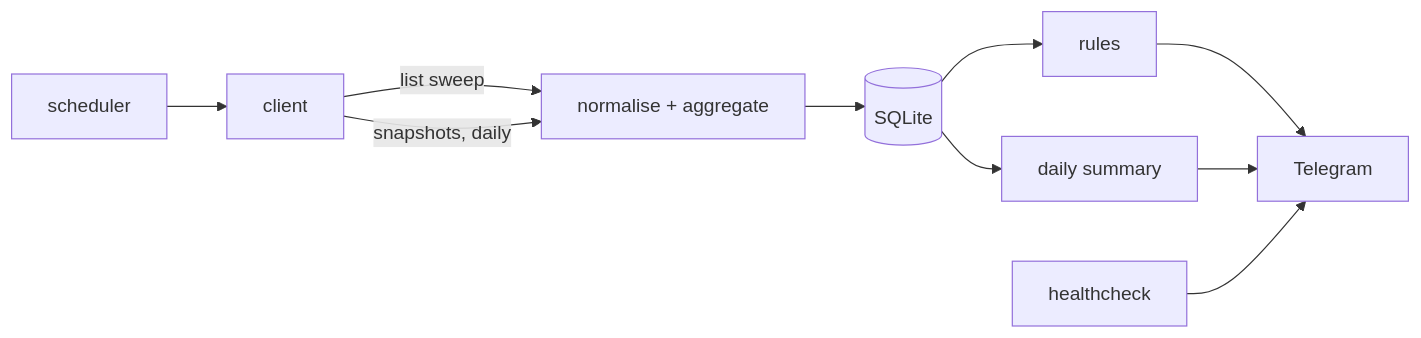
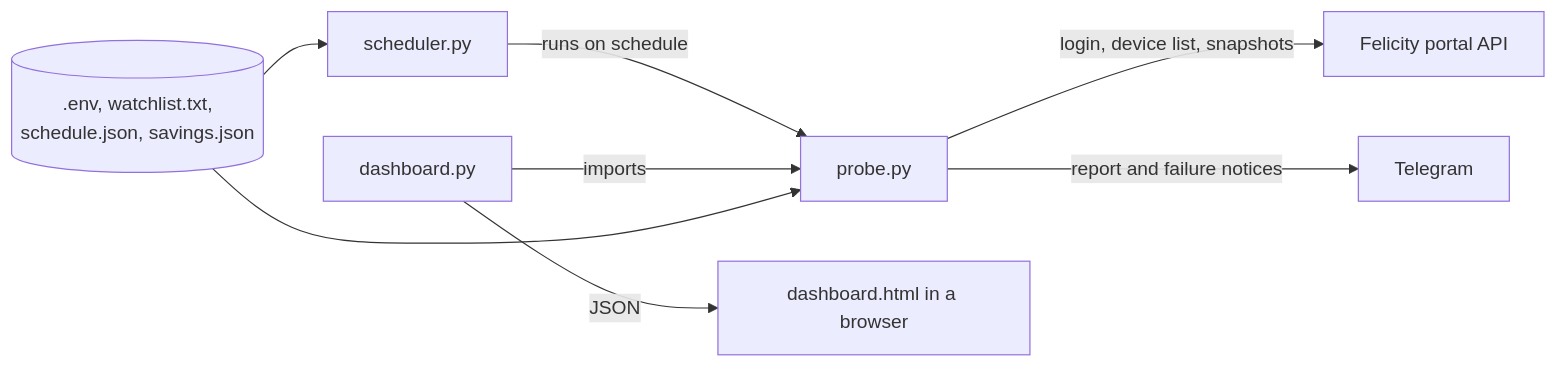
One commit to AndyOY007/Shine-Felicity_Automations changed the diagram in architecture.md. Above: the diagram before and after it, drawn with Mermaid. The commit also changed other lines of this file and 9 other files, not shown here.

Commit message:
Updated architecture and README files

````diff
--- a/architecture.md
+++ b/architecture.md
@@ -59,12 +48,11 @@
 ```mermaid
 flowchart LR
-    S[scheduler] --> C[client]
-    C -->|list sweep| N[normalise + aggregate]
-    C -->|snapshots, daily| N
-    N --> DB[(SQLite)]
-    DB --> R[rules]
-    R --> T[Telegram]
-    DB --> D[daily summary]
-    D --> T
-    H[healthcheck] --> T
+    CFG[(.env, watchlist.txt,<br>schedule.json, savings.json)]
+    S[scheduler.py] -->|runs on schedule| P[probe.py]
+    D[dashboard.py] -->|imports| P
+    CFG --> S
+    CFG --> P
+    P -->|login, device list, snapshots| F[Felicity portal API]
+    P -->|report and failure notices| T[Telegram]
+    D -->|JSON| B[dashboard.html in a browser]
 ```
````
